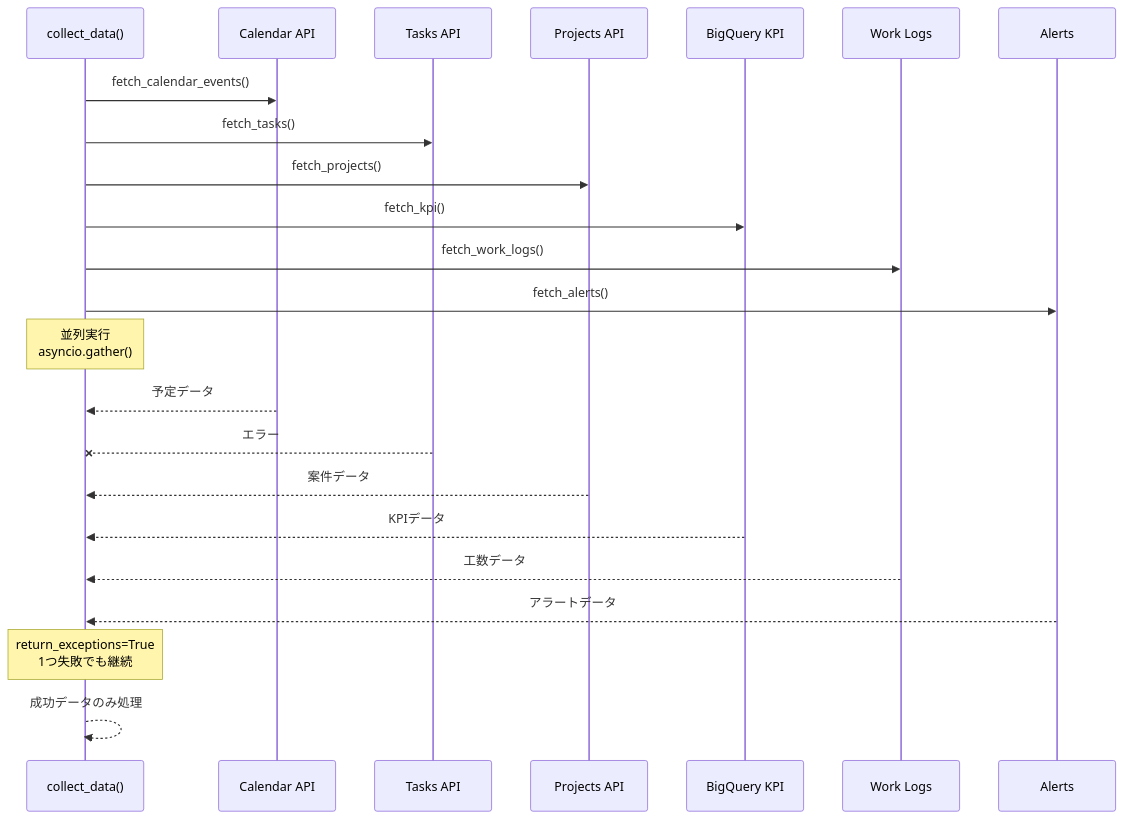
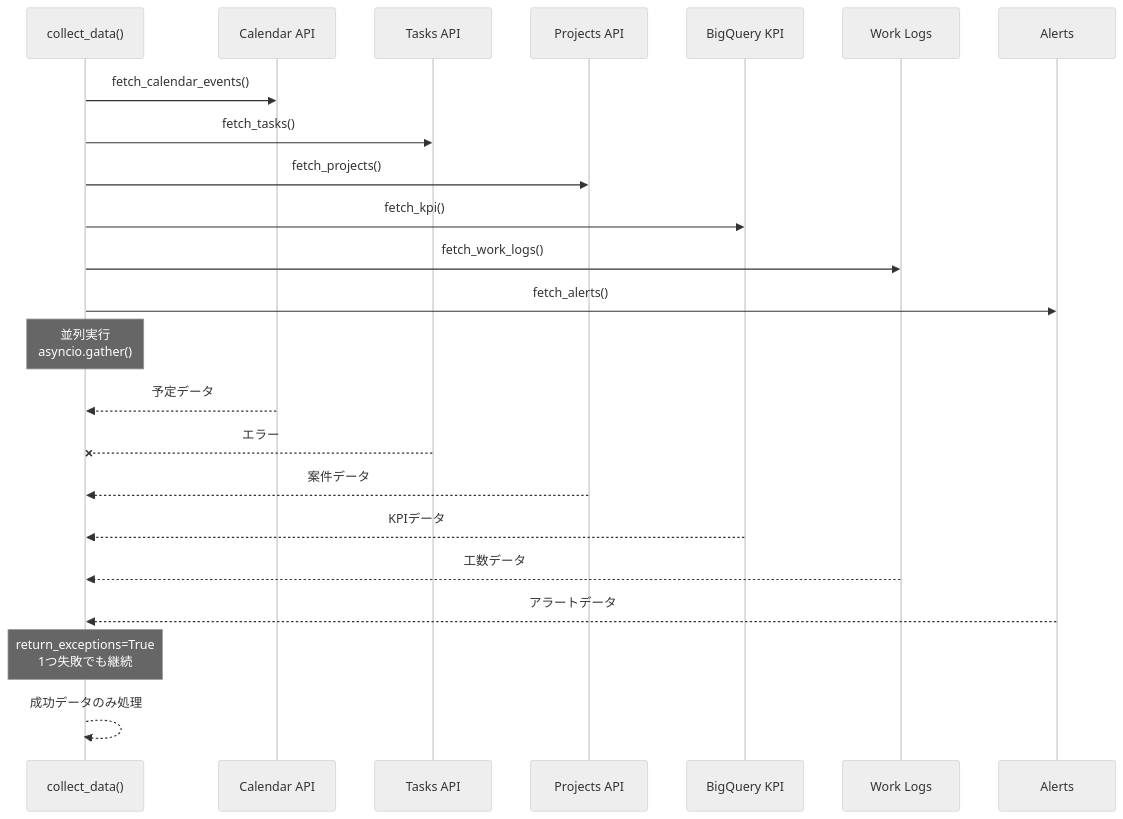
Before and after one commit to correlate000/public-zenn-docs: the first of 2 diagrams in articles/morning-bot-ai.md, drawn with Mermaid. The commit also changed other lines of this file and 10 other files, not shown here.

First line of the commit message:
style: Mermaid図にneutralテーマを適用（ダークモード対応）

````diff
--- a/articles/morning-bot-ai.md
+++ b/articles/morning-bot-ai.md
@@ -138,29 +138,30 @@
 ```mermaid
+%%{init: {'theme':'neutral'}}%%
 sequenceDiagram
     participant Main as collect_data()
     participant C as Calendar API
     participant T as Tasks API
     participant P as Projects API
     participant K as BigQuery KPI
     participant W as Work Logs
     participant A as Alerts
 
     Main->>C: fetch_calendar_events()
     Main->>T: fetch_tasks()
     Main->>P: fetch_projects()
     Main->>K: fetch_kpi()
     Main->>W: fetch_work_logs()
     Main->>A: fetch_alerts()
 
     Note over Main: 並列実行<br>asyncio.gather()
 
     C-->>Main: 予定データ
     T--xMain: エラー
     P-->>Main: 案件データ
     K-->>Main: KPIデータ
     W-->>Main: 工数データ
     A-->>Main: アラートデータ
 
     Note over Main: return_exceptions=True<br>1つ失敗でも継続
     Main-->>Main: 成功データのみ処理
 ```
````
